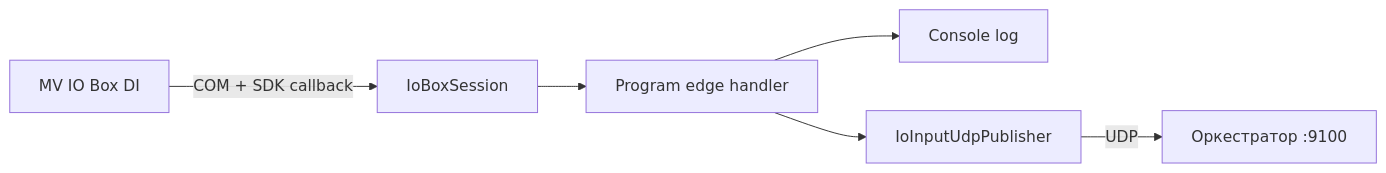
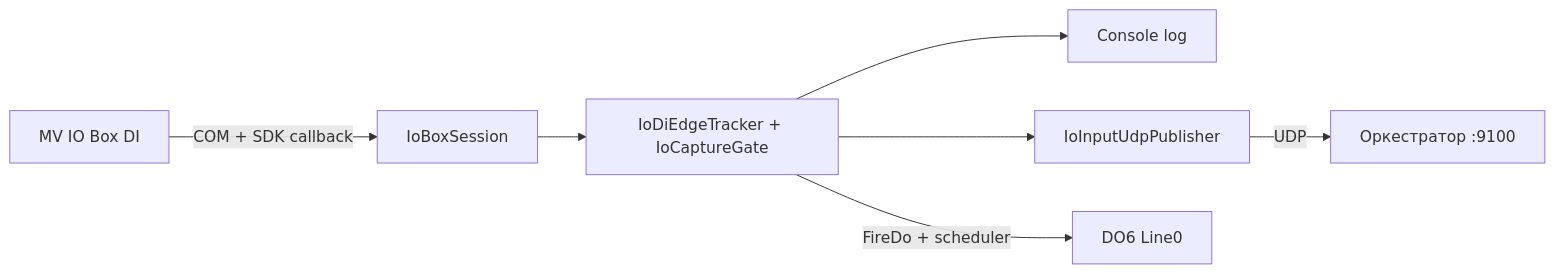
Before and after one commit to Candymanzz/defect-detector-v3: the diagram in IoInputMonitor/docs/GUIDE.md, drawn with Mermaid. The commit also changed other lines of this file and 27 other files, not shown here.

````diff
--- a/IoInputMonitor/docs/GUIDE.md
+++ b/IoInputMonitor/docs/GUIDE.md
@@ -150,8 +177,9 @@
 ```mermaid
 flowchart LR
     A[MV IO Box DI] -->|COM + SDK callback| B[IoBoxSession]
-    B --> C[Program edge handler]
+    B --> C[IoDiEdgeTracker + IoCaptureGate]
     C --> D[Console log]
     C --> E[IoInputUdpPublisher]
-    E -->|UDP| F[Оркестратор :9100]
+    C -->|FireDo + scheduler| F[DO6 Line0]
+    E -->|UDP| G[Оркестратор :9100]
 ```
````
